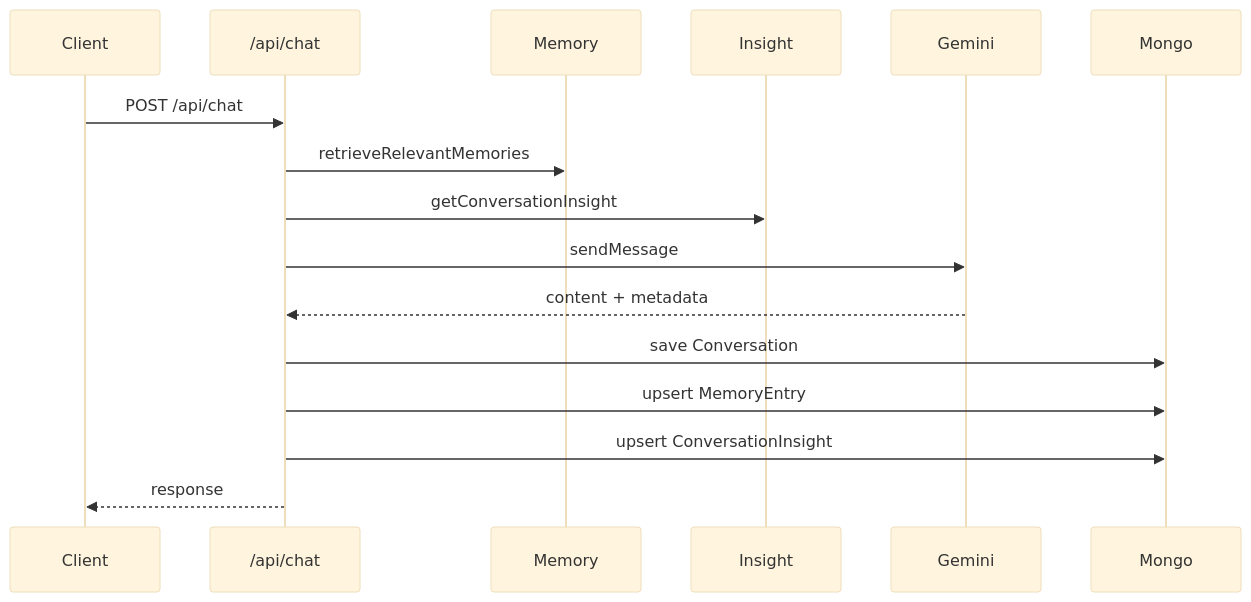
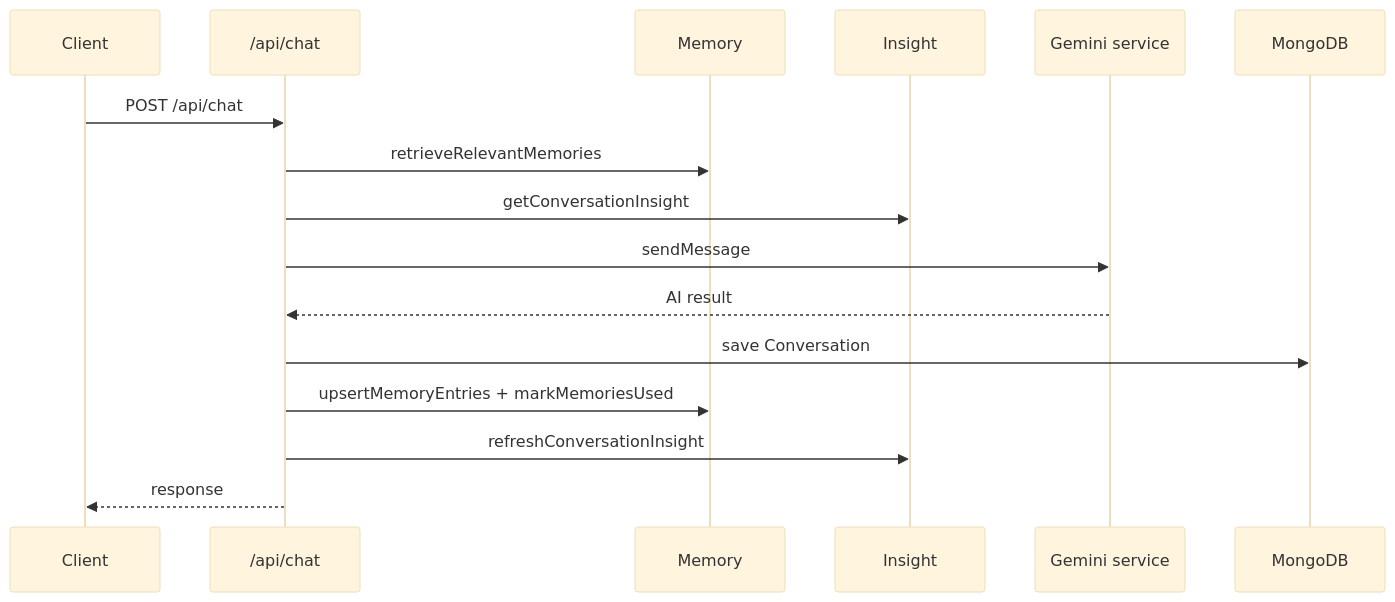
Before and after one commit to Ganesh172919/Backend_Practice: the first of 4 diagrams in docs/ai/32-sequence-and-architecture-diagrams.md, drawn with Mermaid (base theme). The commit also changed other lines of this file and 122 other files, not shown here.

````diff
--- a/docs/ai/32-sequence-and-architecture-diagrams.md
+++ b/docs/ai/32-sequence-and-architecture-diagrams.md
@@ -7,19 +9,19 @@
 ```mermaid
 sequenceDiagram
-    participant Client
-    participant Chat as /api/chat
-    participant Memory
-    participant Insight
-    participant Gemini
-    participant Mongo
+  participant C as Client
+  participant R as /api/chat
+  participant M as Memory
+  participant I as Insight
+  participant G as Gemini service
+  participant DB as MongoDB
 
-    Client->>Chat: POST /api/chat
-    Chat->>Memory: retrieveRelevantMemories
-    Chat->>Insight: getConversationInsight
-    Chat->>Gemini: sendMessage
-    Gemini-->>Chat: content + metadata
-    Chat->>Mongo: save Conversation
-    Chat->>Mongo: upsert MemoryEntry
-    Chat->>Mongo: upsert ConversationInsight
-    Chat-->>Client: response
+  C->>R: POST /api/chat
+  R->>M: retrieveRelevantMemories
+  R->>I: getConversationInsight
+  R->>G: sendMessage
+  G-->>R: AI result
+  R->>DB: save Conversation
+  R->>M: upsertMemoryEntries + markMemoriesUsed
+  R->>I: refreshConversationInsight
+  R-->>C: response
 ```
````
